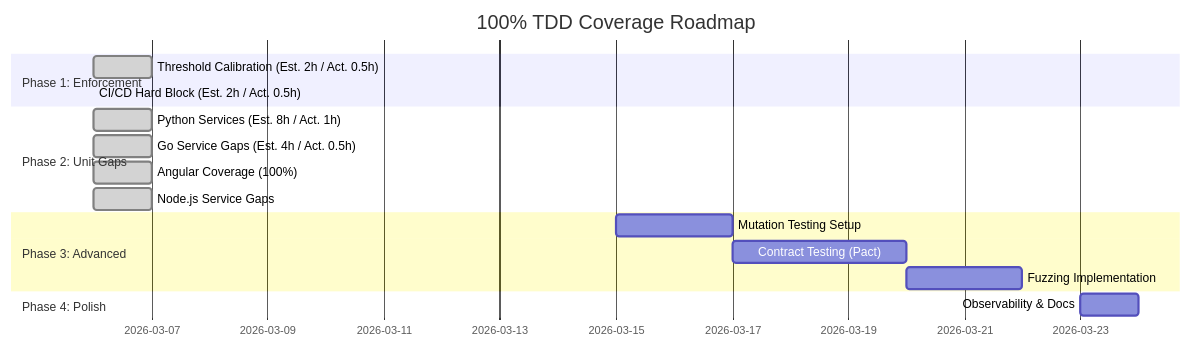
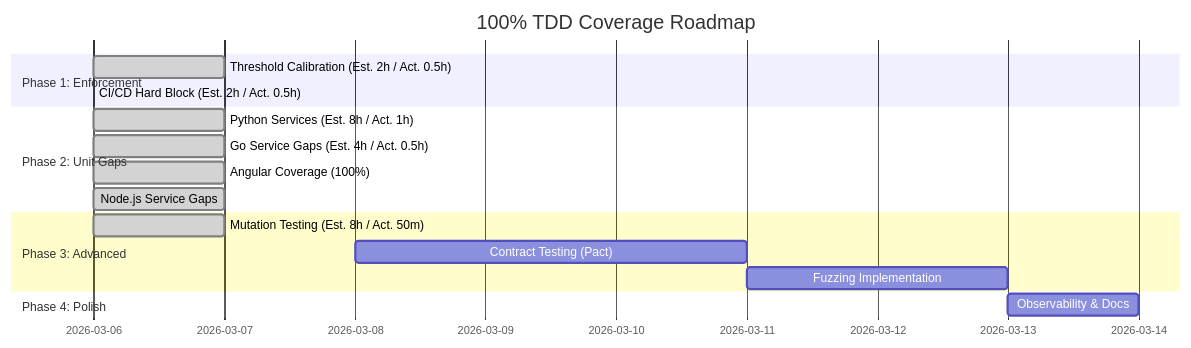
The diagram in Timeline.md (sergioitremotejobs2025-sketch/GreenHouse_Arduino), drawn with Mermaid before and after one commit. The commit also changed other lines of this file and 40 other files, not shown here.

Commit message:
Implement and refine mutation testing across microservices. Added StrykerJS for Node and Mutmut for Python. Fixed Python import issues in stats-ms and ai-ms. Updated documentation and project timeline.

````diff
--- a/Timeline.md
+++ b/Timeline.md
@@ -49,22 +50,22 @@
 ```mermaid
 gantt
     title 100% TDD Coverage Roadmap
     dateFormat  YYYY-MM-DD
     section Phase 1: Enforcement
     Threshold Calibration (Est. 2h / Act. 0.5h)      :done, a1, 2026-03-06, 1d
     CI/CD Hard Block (Est. 2h / Act. 0.5h) :done, a2, 2026-03-06, 0d
     
     section Phase 2: Unit Gaps
     Python Services (Est. 8h / Act. 1h) :done, p1, 2026-03-06, 1d
     Go Service Gaps (Est. 4h / Act. 0.5h) :done, g1, 2026-03-06, 1d
     Angular Coverage (100%)    :done, a2, 2026-03-06, 1d
     Node.js Service Gaps       :done, a3, 2026-03-06, 1d
     
     section Phase 3: Advanced
-    Mutation Testing Setup     :a5, 2026-03-15, 2d
-    Contract Testing (Pact)    :a6, 2026-03-17, 3d
-    Fuzzing Implementation    :a7, 2026-03-20, 2d
+    Mutation Testing (Est. 8h / Act. 50m)     :done, a5, 2026-03-06, 1d
+    Contract Testing (Pact)    :a6, 2026-03-08, 3d
+    Fuzzing Implementation    :a7, 2026-03-11, 2d
     
     section Phase 4: Polish
-    Observability & Docs       :a8, 2026-03-23, 1d
+    Observability & Docs       :a8, 2026-03-13, 1d
 ```
````
